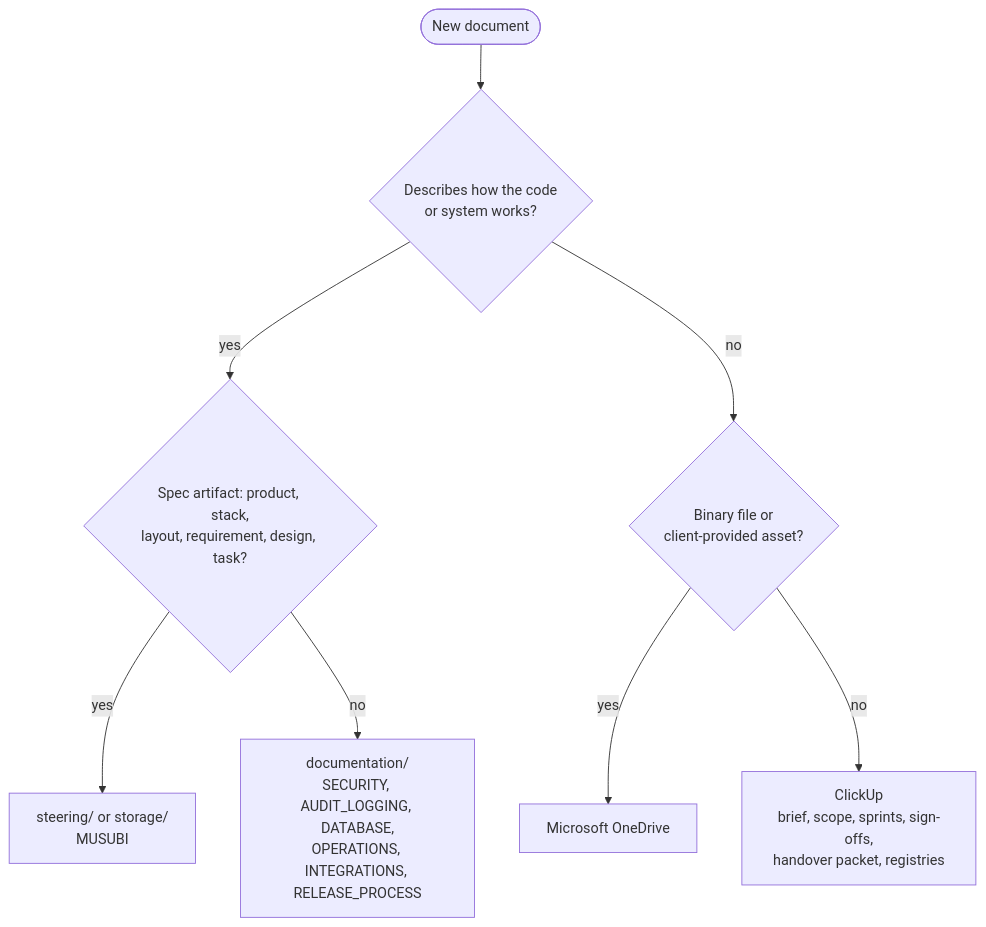
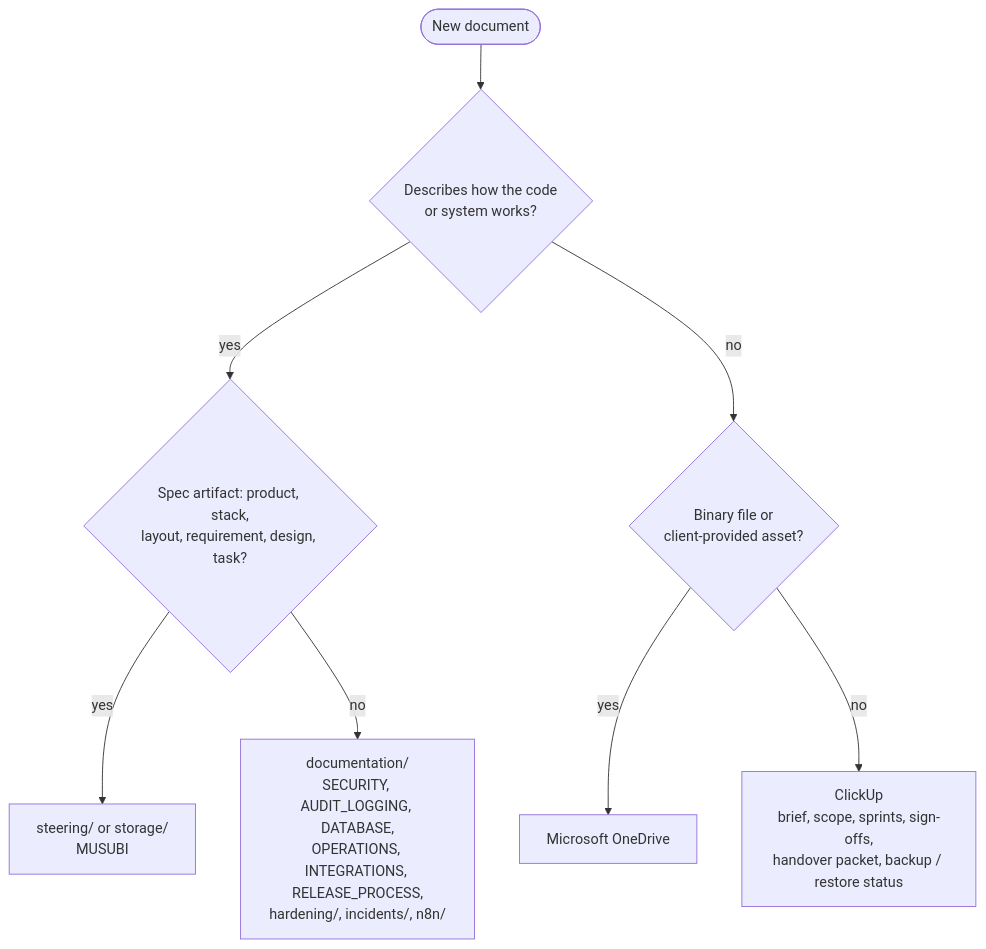
The third of 3 diagrams in src/templates/shared/steering/rules/itg/delivery-lifecycle.md (Improve-To-Grow/MUSUBI), drawn with Mermaid before and after one commit. The commit also changed other lines of this file and 57 other files, not shown here.

````diff
--- a/src/templates/shared/steering/rules/itg/delivery-lifecycle.md
+++ b/src/templates/shared/steering/rules/itg/delivery-lifecycle.md
@@ -51,10 +51,10 @@
 ```mermaid
 flowchart TD
     Doc([New document]) --> C{Describes how the code<br/>or system works?}
     C -- yes --> M{Spec artifact: product, stack,<br/>layout, requirement, design, task?}
     M -- yes --> MU[steering/ or storage/<br/>MUSUBI]
-    M -- no --> DOC[documentation/<br/>SECURITY, AUDIT_LOGGING, DATABASE,<br/>OPERATIONS, INTEGRATIONS, RELEASE_PROCESS]
+    M -- no --> DOC[documentation/<br/>SECURITY, AUDIT_LOGGING, DATABASE,<br/>OPERATIONS, INTEGRATIONS, RELEASE_PROCESS,<br/>hardening/, incidents/, n8n/]
     C -- no --> B{Binary file or<br/>client-provided asset?}
     B -- yes --> OD[Microsoft OneDrive]
-    B -- no --> CU[ClickUp<br/>brief, scope, sprints, sign-offs,<br/>handover packet, registries]
+    B -- no --> CU[ClickUp<br/>brief, scope, sprints, sign-offs,<br/>handover packet, backup / restore status]
 ```
````
